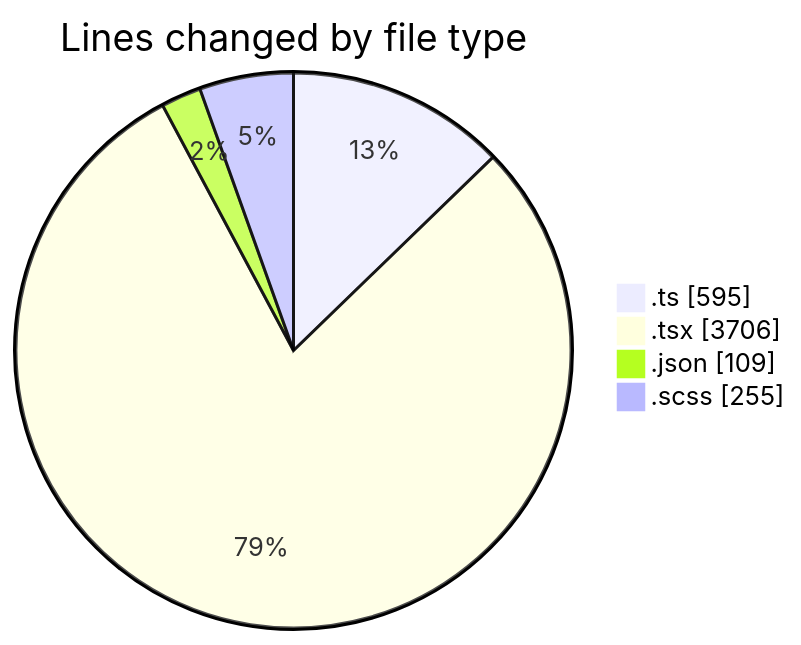
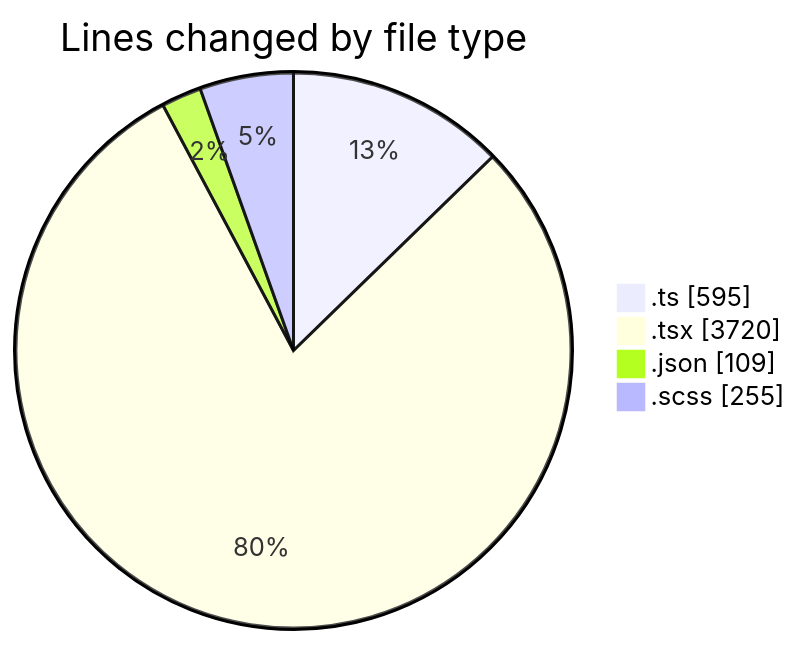
Before and after one commit to momahboobian/code-tracking: the first of 2 diagrams in 2025-07-04/cda/README.md, drawn with Mermaid. The commit also changed other lines of this file and 1 other file, not shown here.

````diff
--- a/2025-07-04/cda/README.md
+++ b/2025-07-04/cda/README.md
@@ -34,8 +34,8 @@
 ```mermaid
 pie showData
 title Lines changed by file type
 ".ts" : 595
-".tsx" : 3706
+".tsx" : 3720
 ".json" : 109
 ".scss" : 255
 ```
````
